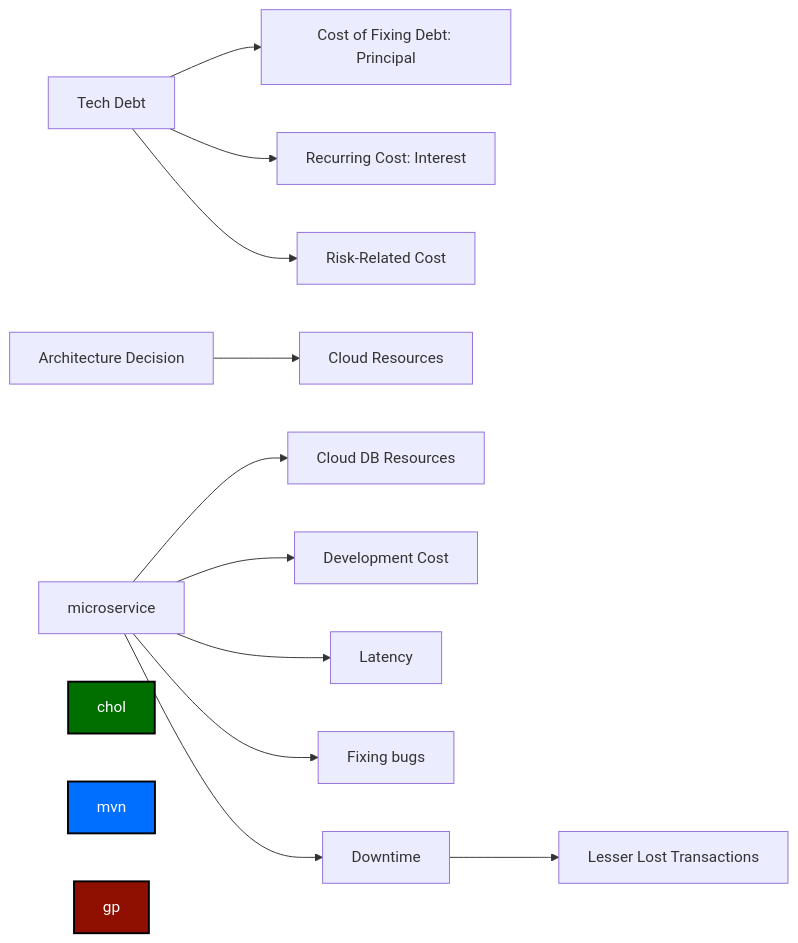
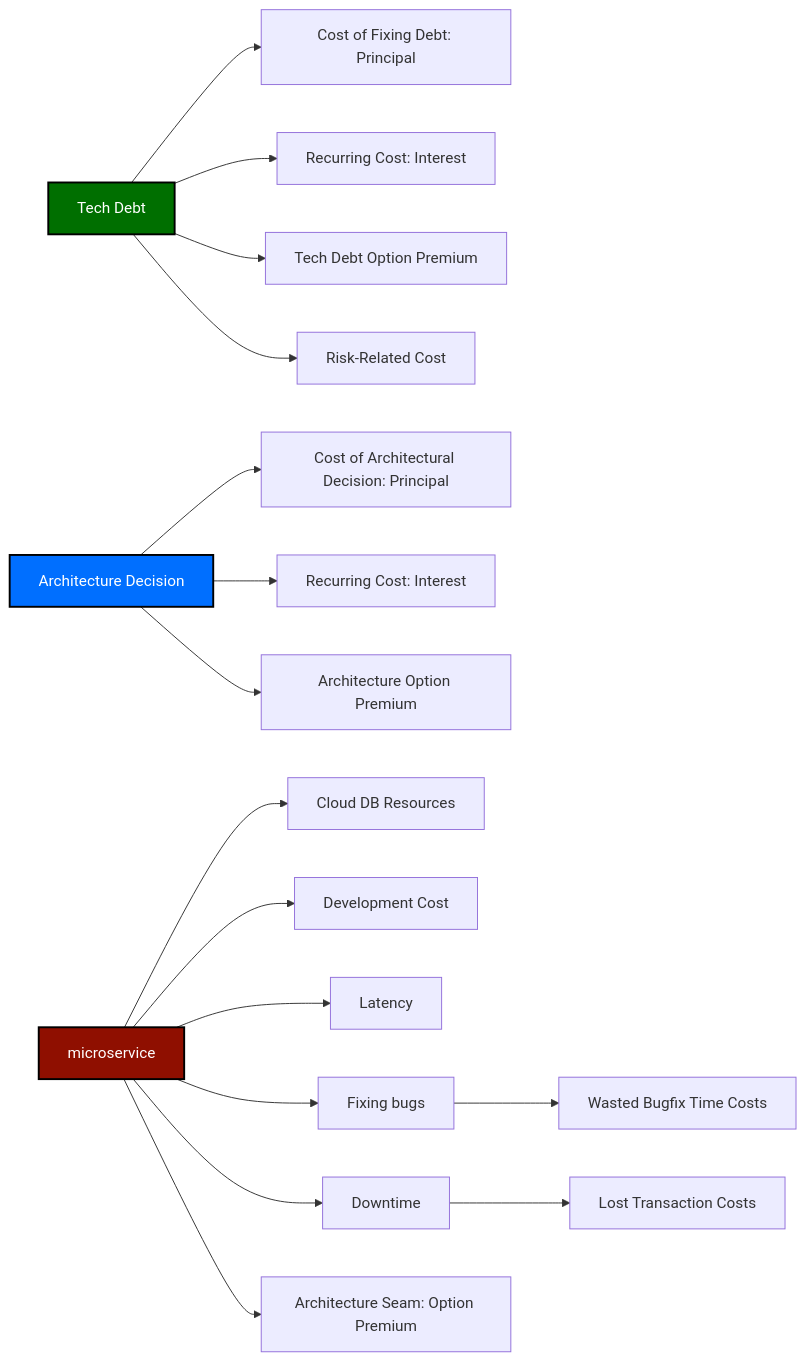
Before and after one commit to asengupta/avishek.net: the diagram in _posts/2023-01-22-every-developer-is-an-economist.md, drawn with Mermaid. The commit also changed other lines of this file and 2 other files, not shown here.

Commit message:
Adding proper cash flow diagrams

```diff
--- a/_posts/2023-01-22-every-developer-is-an-economist.md
+++ b/_posts/2023-01-22-every-developer-is-an-economist.md
@@ -121,16 +145,20 @@
 {% mermaid %}
 graph LR;
 debt[Tech Debt]-->principal[Cost of Fixing Debt: Principal];
 debt-->interest[Recurring Cost: Interest];
+debt-->td_option_premium[Tech Debt Option Premium];
 debt-->risk[Risk-Related Cost];
-architecture_decision[Architecture Decision]-->resources[Cloud Resources];
+architecture_decision[Architecture Decision]-->atd_principal[Cost of Architectural Decision: Principal];
+architecture_decision-->recurring_atd_interest[Recurring Cost: Interest];
+architecture_decision-->atd_option_premium[Architecture Option Premium];
 microservice-->database[Cloud DB Resources];
 microservice-->development_cost[Development Cost];
 microservice-->latency[Latency];
-microservice-->bugs[Fixing bugs];
-microservice-->downtime[Downtime]-->lost_transactions[Lesser Lost Transactions];
+microservice-->bugs[Fixing bugs]-->bugfix_time[Wasted Bugfix Time Costs];
+microservice-->downtime[Downtime]-->lost_transactions[Lost Transaction Costs];
+microservice-->microservice_option_premium[Architecture Seam: Option Premium];
 
-style chol fill:#006f00,stroke:#000,stroke-width:2px,color:#fff
-style mvn fill:#006fff,stroke:#000,stroke-width:2px,color:#fff
-style gp fill:#8f0f00,stroke:#000,stroke-width:2px,color:#fff
+style debt fill:#006f00,stroke:#000,stroke-width:2px,color:#fff
+style architecture_decision fill:#006fff,stroke:#000,stroke-width:2px,color:#fff
+style microservice fill:#8f0f00,stroke:#000,stroke-width:2px,color:#fff
 {% endmermaid %}
```
